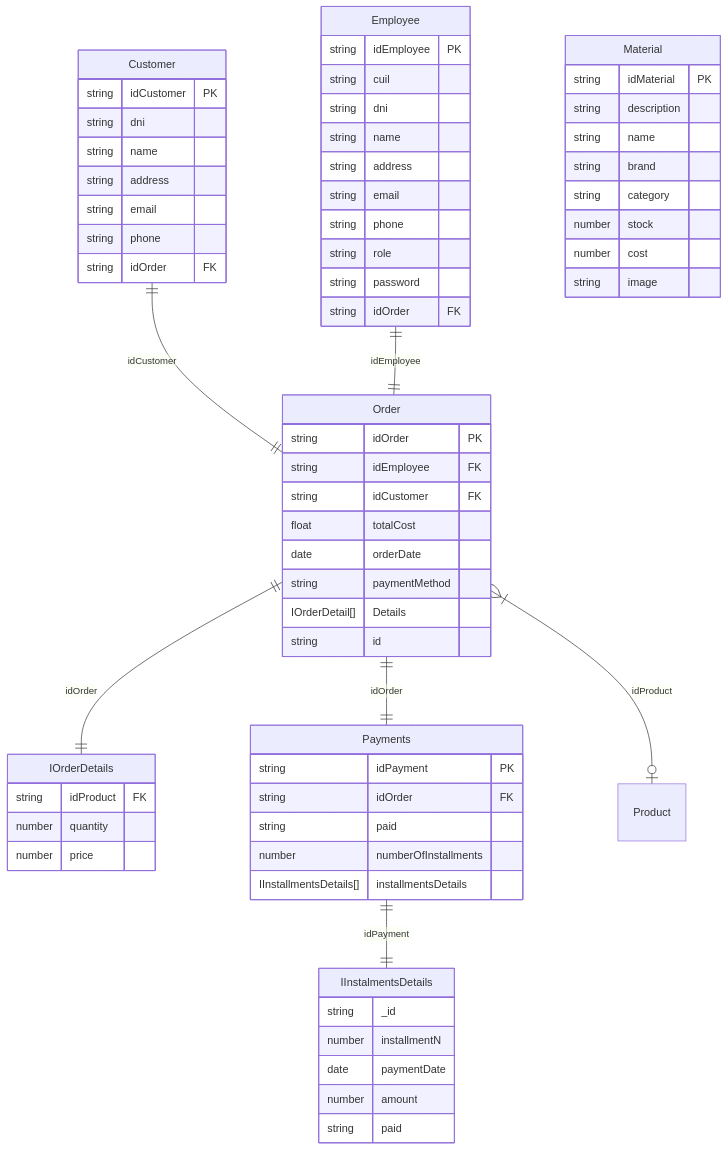
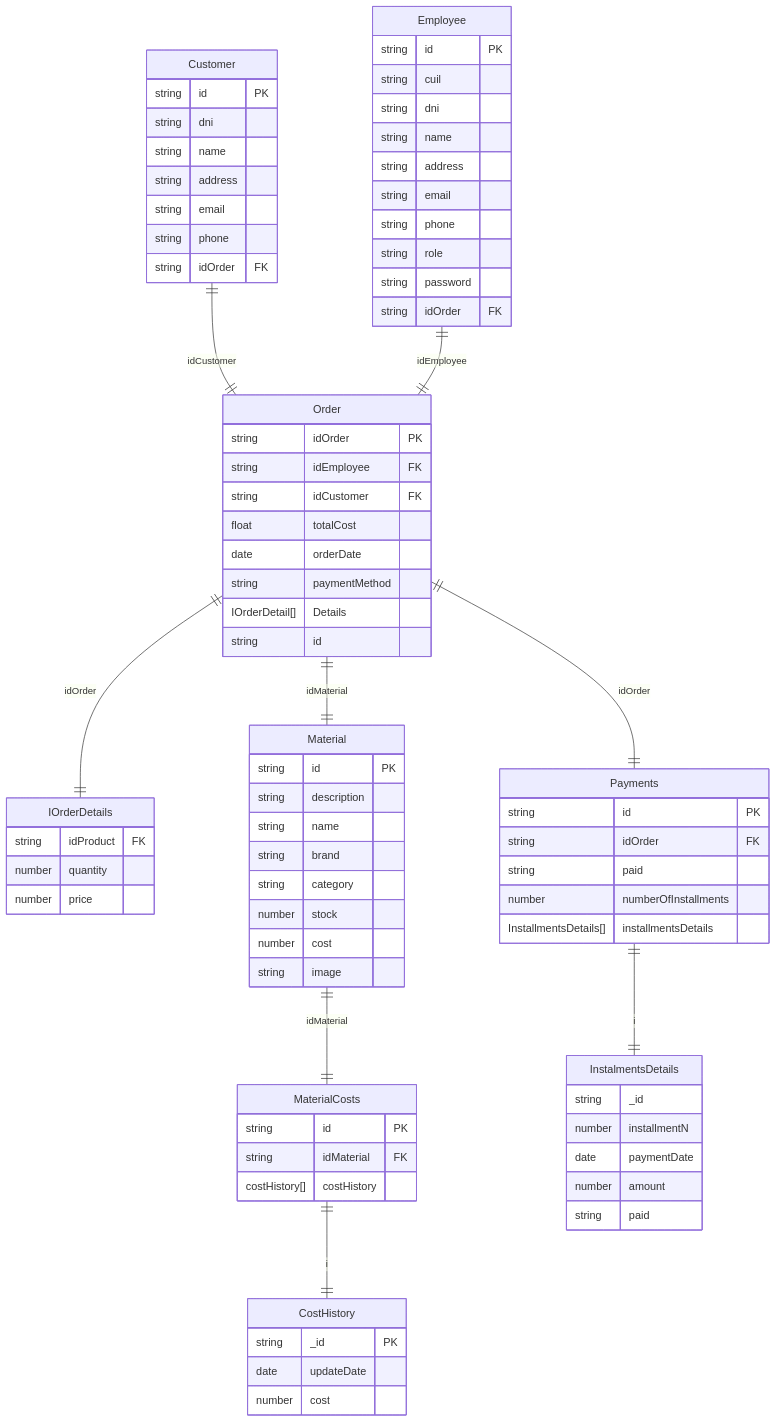
One commit to utnfrrodsw/tp changed the diagram in proposal.md. Above: the diagram before and after it, drawn with Mermaid. The commit also changed other lines of this file, not shown here.

Commit message:
update diagram

````diff
--- a/proposal.md
+++ b/proposal.md
@@ -26,7 +26,7 @@
 erDiagram
 
 Customer{
-string idCustomer PK
+string id PK
 string dni
 string name
 string address
@@ -36,7 +36,7 @@
 }
 
 Employee{
-string idEmployee PK
+string id PK
 string cuil
 string dni
 string name
@@ -66,7 +66,7 @@
 }
 
 Material{
-string idMaterial PK
+string id PK
 string description
 string name
 string brand
@@ -76,16 +76,27 @@
 string image
 }
 
+MaterialCosts{
+  string id PK
+  string idMaterial FK
+  costHistory[] costHistory
+}
+
+CostHistory{
+  string _id PK
+  date updateDate
+  number cost
+}
 
 Payments{
-string idPayment PK
+string id PK
 string idOrder FK
 string paid
 number numberOfInstallments
-IInstallmentsDetails[] installmentsDetails
+InstallmentsDetails[] installmentsDetails
 }
 
-IInstalmentsDetails{
+InstalmentsDetails{
 string _id
 number installmentN
 date paymentDate
@@ -95,8 +106,10 @@
 
 Customer ||--|| Order:idCustomer
 Employee ||--|| Order:idEmployee
-Payments ||--|| IInstalmentsDetails:idPayment
+Payments ||--|| InstalmentsDetails:i
+Material ||--|| MaterialCosts:idMaterial
+MaterialCosts ||--|| CostHistory:i
 Order ||--|| IOrderDetails:idOrder
-Order }|--o| Product:idProduct
+Order ||--|| Material:idMaterial
 Order ||--|| Payments:idOrder
 ```
````
